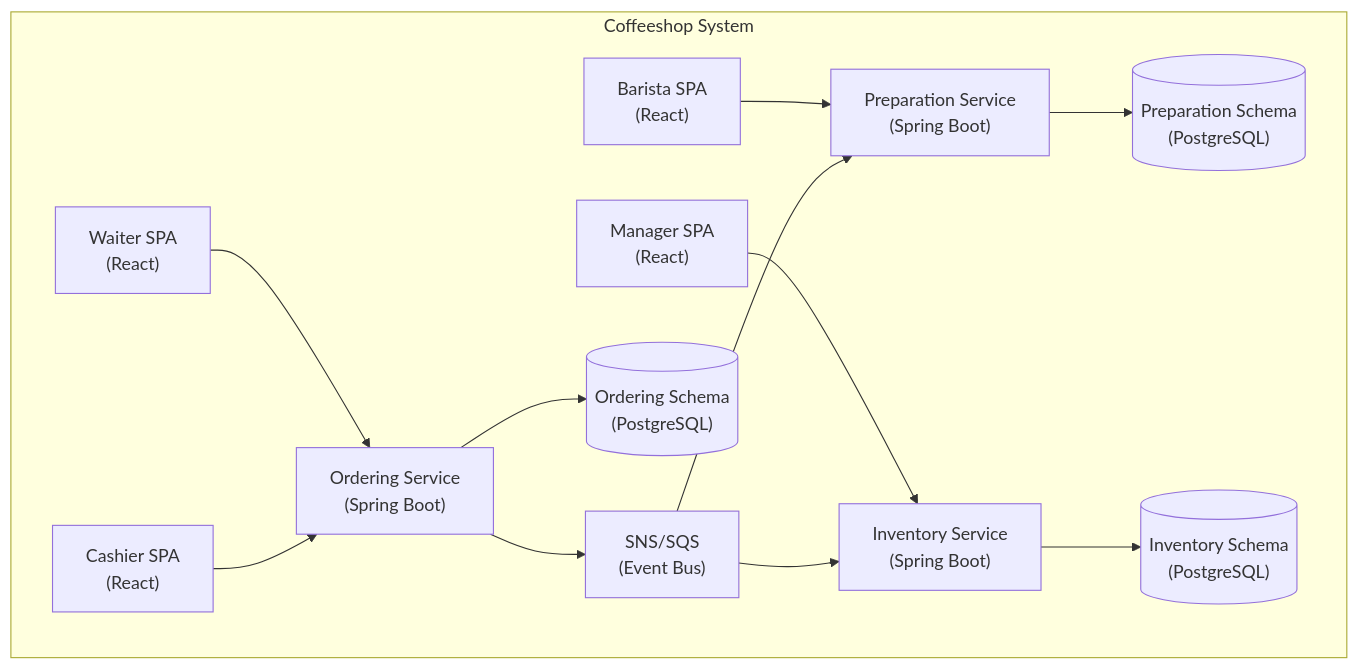
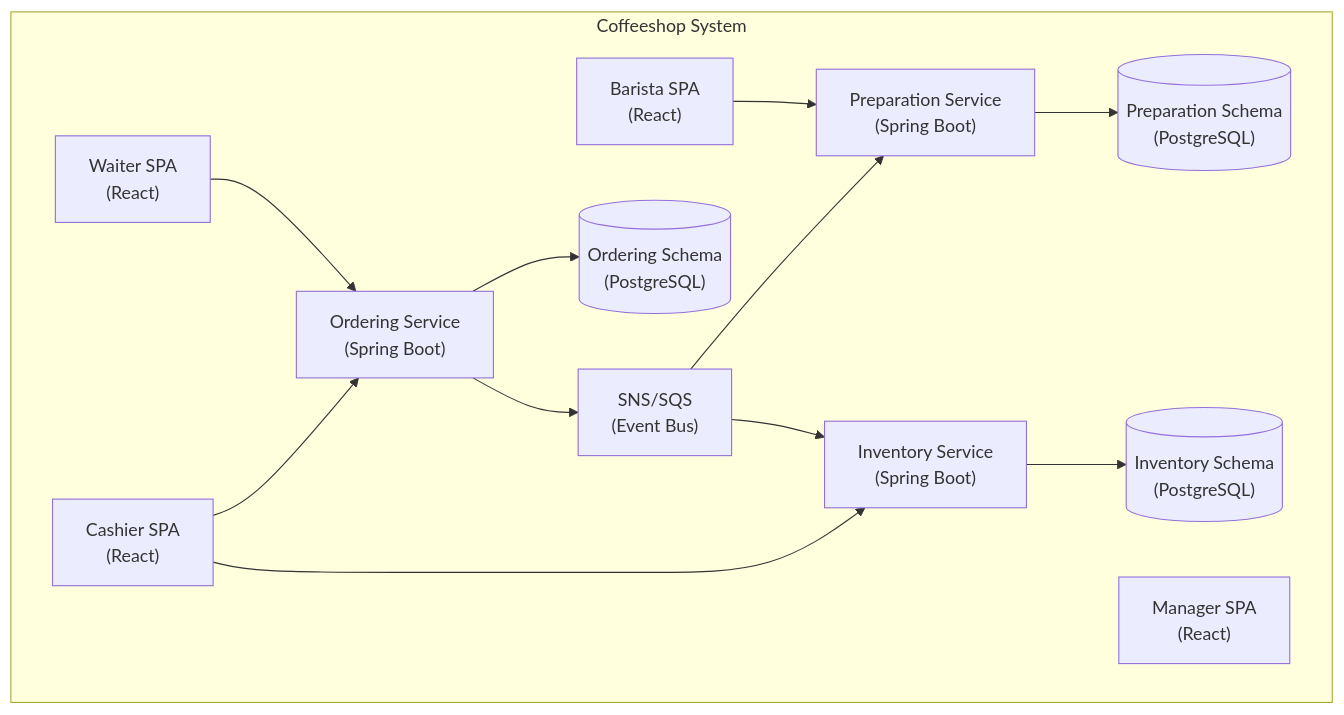
Before and after one commit to humank/architecture-constrained-generation: the second of 2 diagrams in tutorials/16-walkthrough-coffeeshop.md, drawn with Mermaid. The commit also changed other lines of this file and 21 other files, not shown here.

````diff
--- a/tutorials/16-walkthrough-coffeeshop.md
+++ b/tutorials/16-walkthrough-coffeeshop.md
@@ -559,32 +589,32 @@
 ```mermaid
 graph TB
     subgraph "Coffeeshop System"
         WaiterSPA["Waiter SPA<br/>(React)"]
         CashierSPA["Cashier SPA<br/>(React)"]
         BaristaSPA["Barista SPA<br/>(React)"]
         ManagerSPA["Manager SPA<br/>(React)"]
 
         OrderingSvc["Ordering Service<br/>(Spring Boot)"]
         PrepSvc["Preparation Service<br/>(Spring Boot)"]
         InvSvc["Inventory Service<br/>(Spring Boot)"]
 
         OrderingDB[("Ordering Schema<br/>(PostgreSQL)")]
         PrepDB[("Preparation Schema<br/>(PostgreSQL)")]
         InvDB[("Inventory Schema<br/>(PostgreSQL)")]
 
         SNS["SNS/SQS<br/>(Event Bus)"]
     end
 
     WaiterSPA --> OrderingSvc
     CashierSPA --> OrderingSvc
+    CashierSPA --> InvSvc
     BaristaSPA --> PrepSvc
-    ManagerSPA --> InvSvc
 
     OrderingSvc --> OrderingDB
     PrepSvc --> PrepDB
     InvSvc --> InvDB
 
     OrderingSvc --> SNS
     SNS --> PrepSvc
     SNS --> InvSvc
 ```
````
